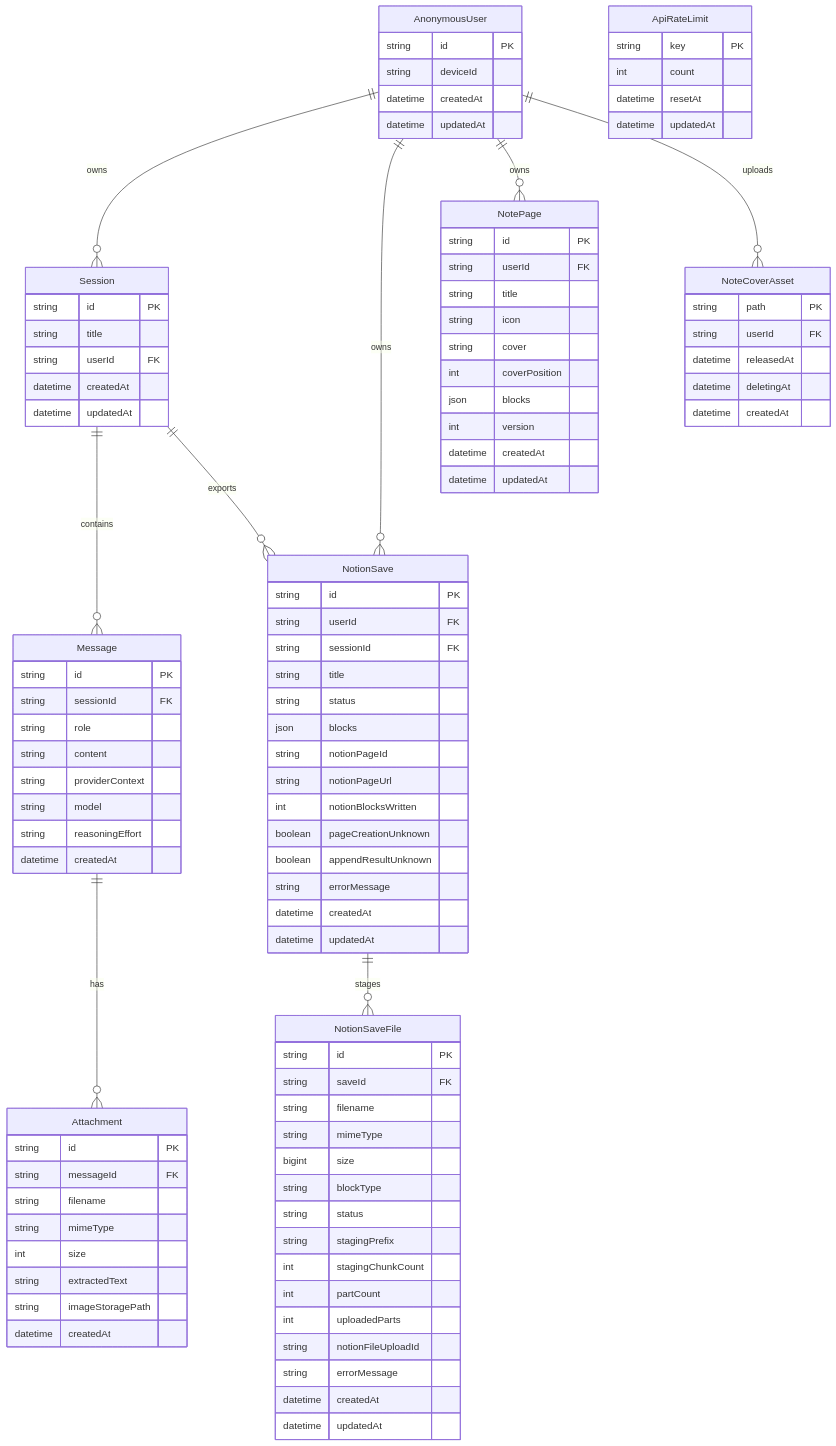
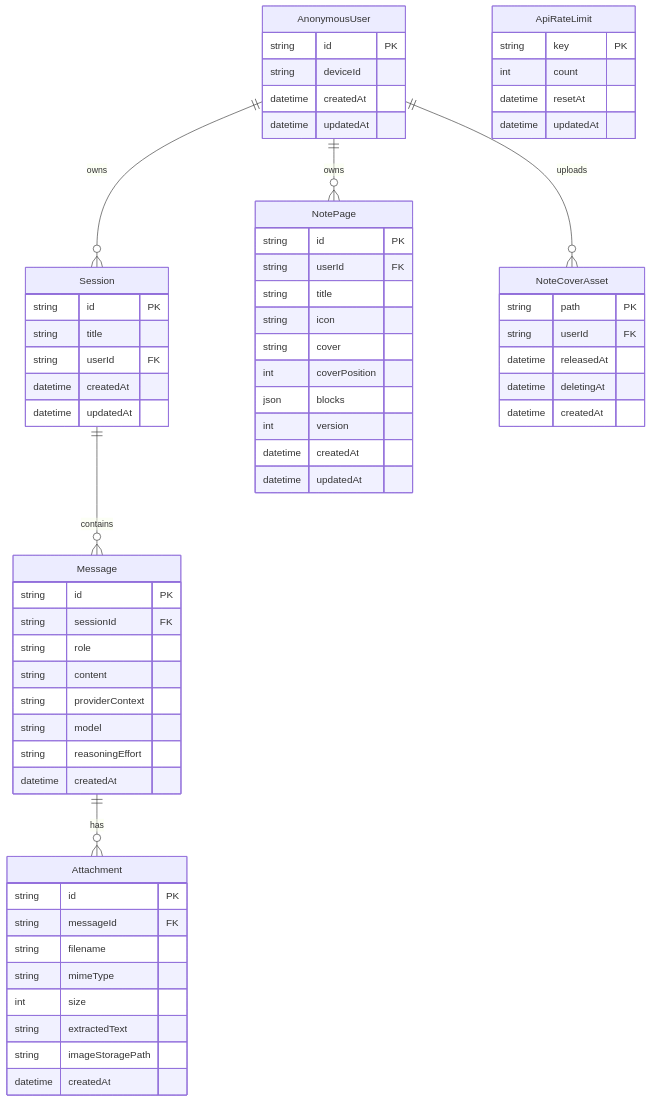
The diagram in docs/architecture/database.md (kakumine2001/NoteFable), drawn with Mermaid before and after one commit. The commit also changed other lines of this file and 36 other files, not shown here.

````diff
--- a/docs/architecture/database.md
+++ b/docs/architecture/database.md
@@ -60,11 +60,8 @@
     AnonymousUser ||--o{ Session : owns
     Session ||--o{ Message : contains
     Message ||--o{ Attachment : has
-    AnonymousUser ||--o{ NotionSave : owns
     AnonymousUser ||--o{ NotePage : owns
     AnonymousUser ||--o{ NoteCoverAsset : uploads
-    Session ||--o{ NotionSave : exports
-    NotionSave ||--o{ NotionSaveFile : stages
 
     AnonymousUser {
         string id PK
@@ -130,39 +127,4 @@
         datetime resetAt
         datetime updatedAt
     }
-
-    NotionSave {
-        string id PK
-        string userId FK
-        string sessionId FK
-        string title
-        string status
-        json blocks
-        string notionPageId
-        string notionPageUrl
-        int notionBlocksWritten
-        boolean pageCreationUnknown
-        boolean appendResultUnknown
-        string errorMessage
-        datetime createdAt
-        datetime updatedAt
-    }
-
-    NotionSaveFile {
-        string id PK
-        string saveId FK
-        string filename
-        string mimeType
-        bigint size
-        string blockType
-        string status
-        string stagingPrefix
-        int stagingChunkCount
-        int partCount
-        int uploadedParts
-        string notionFileUploadId
-        string errorMessage
-        datetime createdAt
-        datetime updatedAt
-    }
 ```
````
